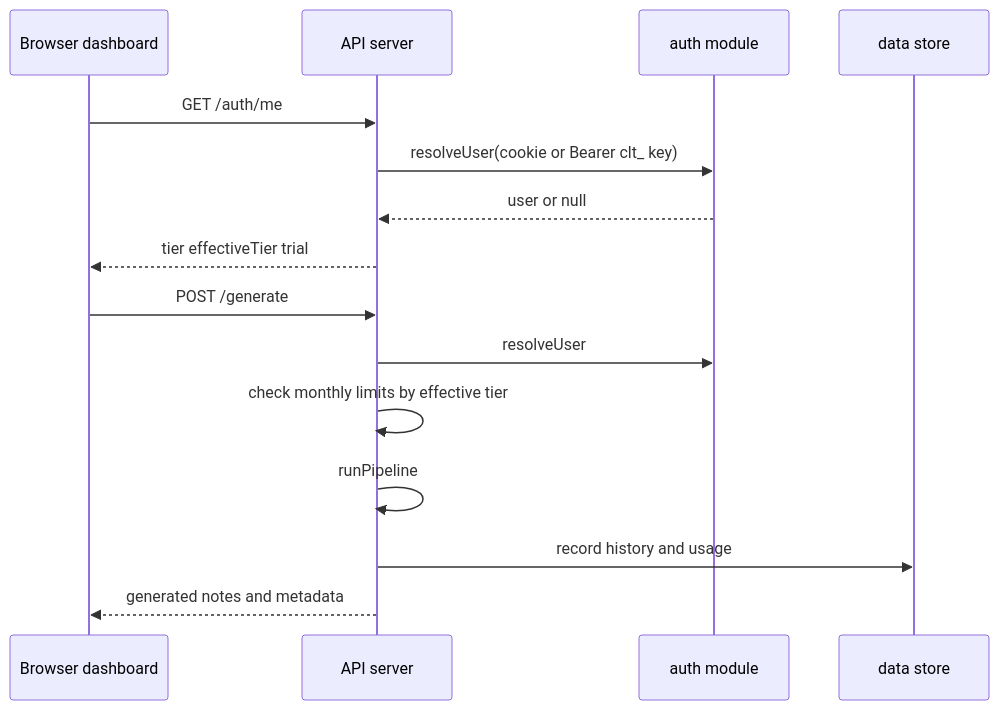
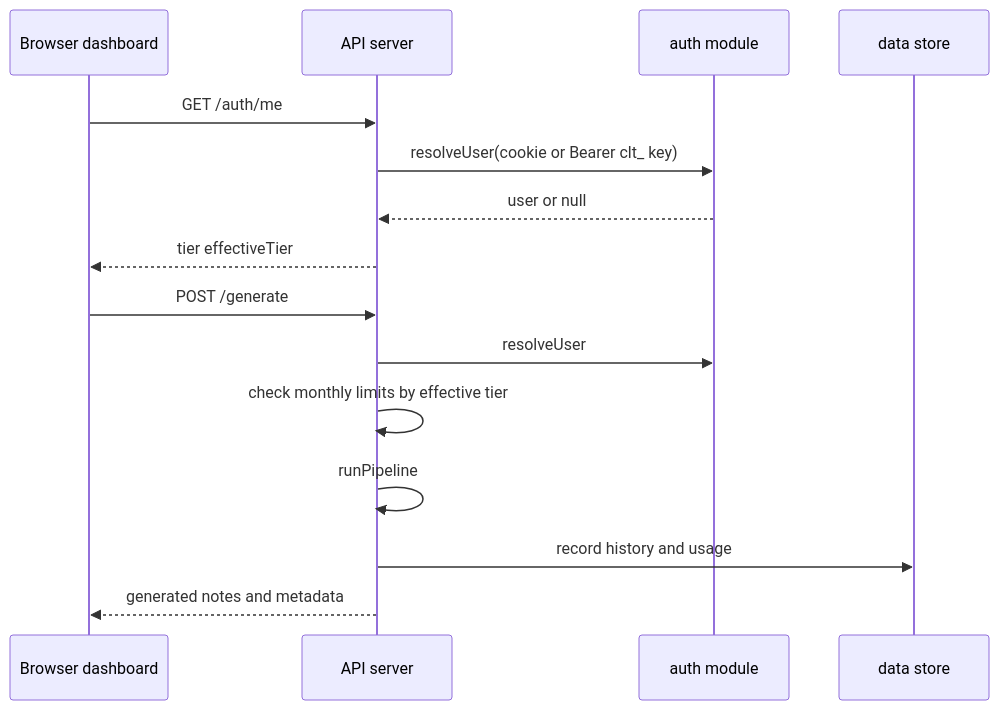
One commit to actions-marketplace-validations/mttaylor_cullit changed the fifth of 6 diagrams in architecture-docs/ARCHITECTURE_INTERNAL.md. Above: the diagram before and after it, drawn with Mermaid. The commit also changed other lines of this file and 51 other files, not shown here.

First line of the commit message:
v2.0.0: Remove trial system, add Basic tier, audit fixes

````diff
--- a/architecture-docs/ARCHITECTURE_INTERNAL.md
+++ b/architecture-docs/ARCHITECTURE_INTERNAL.md
@@ -112,19 +113,19 @@
 ```mermaid
 sequenceDiagram
   participant B as Browser dashboard
   participant A as API server
   participant AU as auth module
   participant DB as data store
 
   B->>A: GET /auth/me
   A->>AU: resolveUser(cookie or Bearer clt_ key)
   AU-->>A: user or null
-  A-->>B: tier effectiveTier trial
+  A-->>B: tier effectiveTier
 
   B->>A: POST /generate
   A->>AU: resolveUser
   A->>A: check monthly limits by effective tier
   A->>A: runPipeline
   A->>DB: record history and usage
   A-->>B: generated notes and metadata
 ```
````
